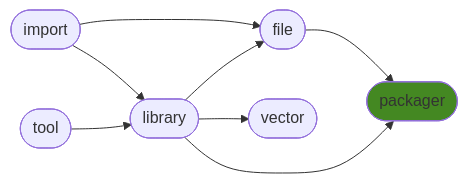
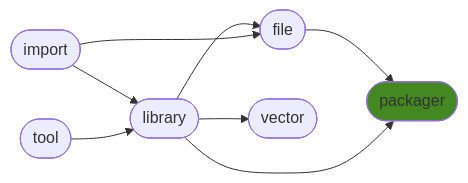
The diagram in README.md (ManderaGeneral/generalpackager), drawn with Mermaid before and after one commit. The commit also changed other lines of this file and 1 other file, not shown here.

````diff
--- a/README.md
+++ b/README.md
@@ -24,17 +24,17 @@
 ```mermaid
 flowchart LR
+2([library]) --> 4([vector])
+0([import]) --> 2([library])
+3([file]) --> 5([packager])
+2([library]) --> 5([packager])
+1([tool]) --> 2([library])
+2([library]) --> 3([file])
 0([import]) --> 3([file])
-3([file]) --> 5([packager])
-2([library]) --> 4([vector])
-2([library]) --> 3([file])
-0([import]) --> 2([library])
-1([tool]) --> 2([library])
-2([library]) --> 5([packager])
 click 0 "https://github.com/ManderaGeneral/generalimport"
 click 1 "https://github.com/ManderaGeneral/generaltool"
 click 2 "https://github.com/ManderaGeneral/generallibrary"
 click 3 "https://github.com/ManderaGeneral/generalfile"
 click 4 "https://github.com/ManderaGeneral/generalvector"
 click 5 "https://github.com/ManderaGeneral/generalpackager"
 style 5 fill:#482
 ```
````
